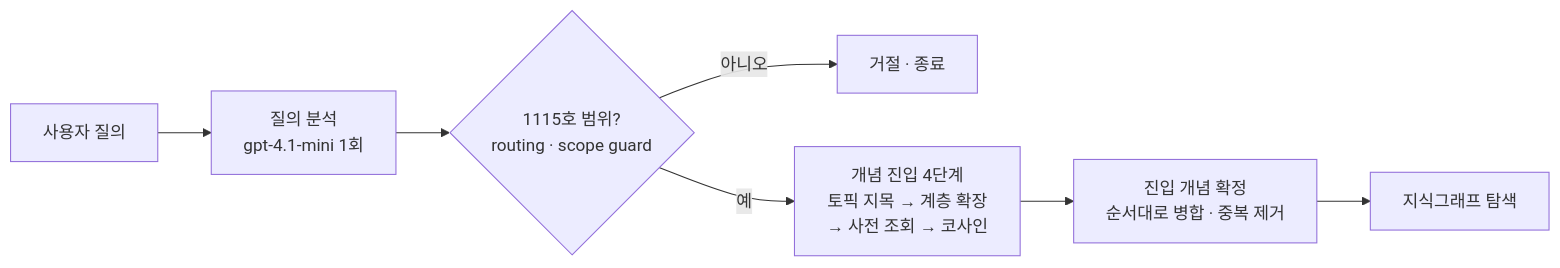
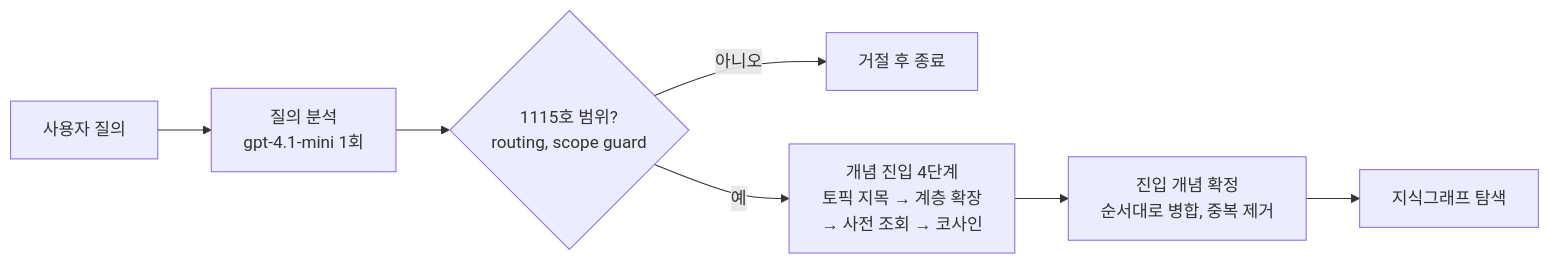
Before and after one commit to ghdtjrgns321-creator/k-ifrs-1115: the second of 3 diagrams in README.md, drawn with Mermaid. The commit also changed other lines of this file, not shown here.

````diff
--- a/README.md
+++ b/README.md
@@ -249,9 +249,9 @@
 ```mermaid
 graph LR
     Q["사용자 질의"] --> A["질의 분석<br/>gpt-4.1-mini 1회"]
-    A --> G{"1115호 범위?<br/>routing · scope guard"}
-    G -->|아니오| STOP["거절 · 종료"]
+    A --> G{"1115호 범위?<br/>routing, scope guard"}
+    G -->|아니오| STOP["거절 후 종료"]
     G -->|예| E["개념 진입 4단계<br/>토픽 지목 → 계층 확장<br/>→ 사전 조회 → 코사인"]
-    E --> M["진입 개념 확정<br/>순서대로 병합 · 중복 제거"]
+    E --> M["진입 개념 확정<br/>순서대로 병합, 중복 제거"]
     M --> R["지식그래프 탐색"]
 ```
````
